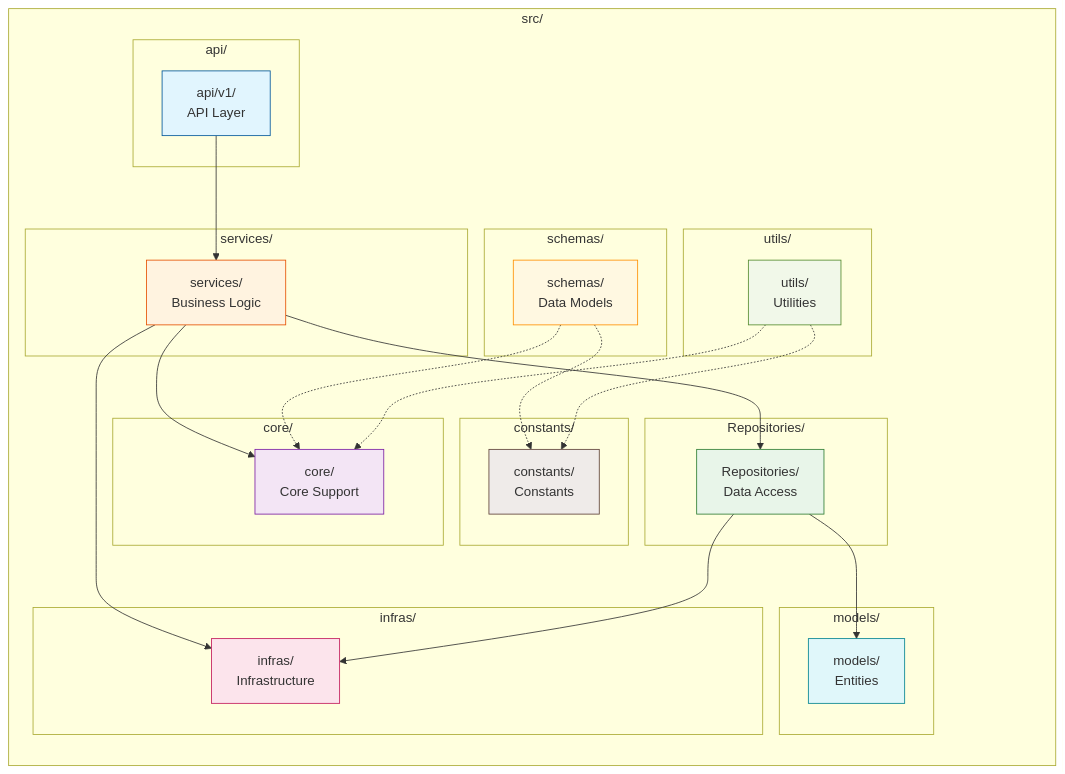
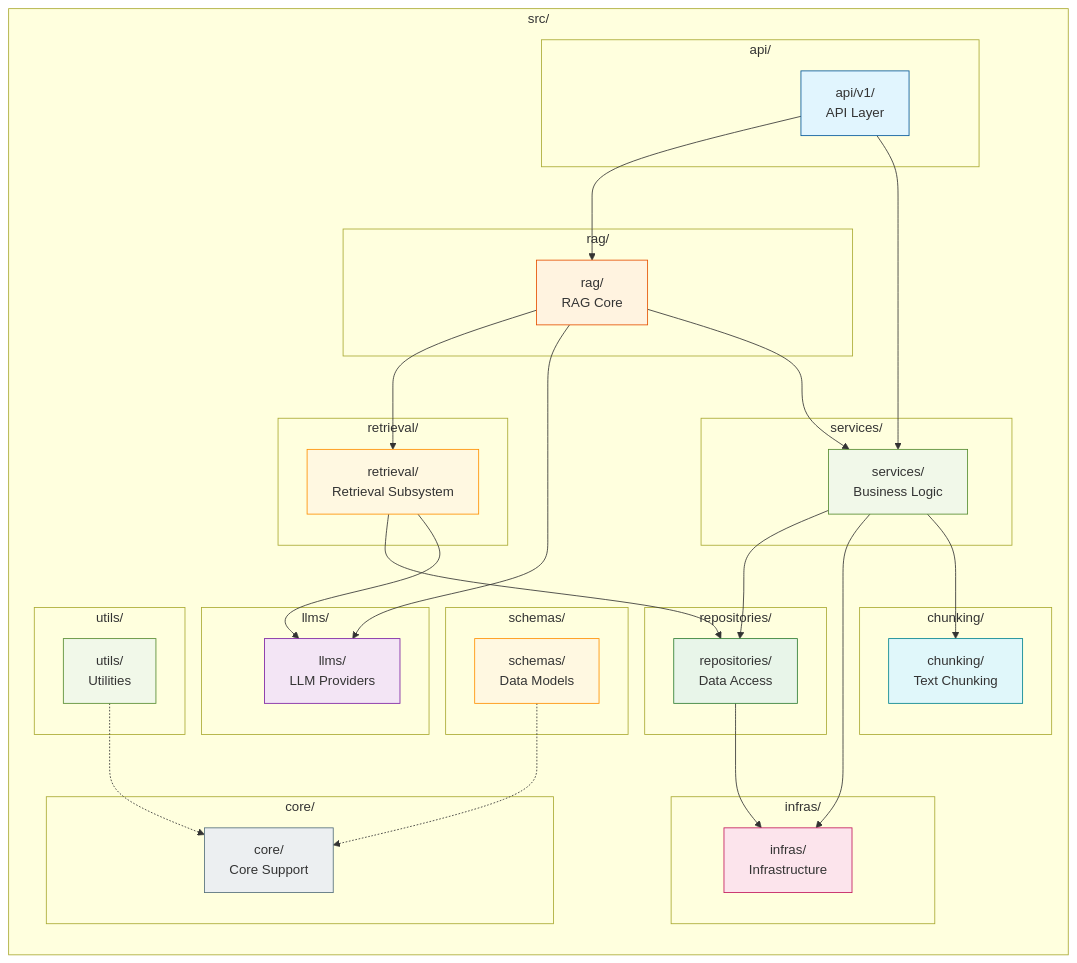
One commit to chain-engine/x-rag changed the second of 3 diagrams in README.en.md. Above: the diagram before and after it, drawn with Mermaid. The commit also changed other lines of this file and 63 other files, not shown here.

````diff
--- a/README.en.md
+++ b/README.en.md
@@ -247,64 +272,75 @@
 ```mermaid
 graph LR
     subgraph "src/"
         subgraph "api/"
             API["api/v1/<br/>API Layer"]
         end
-        
+
+        subgraph "rag/"
+            RAG["rag/<br/>RAG Core"]
+        end
+
+        subgraph "retrieval/"
+            RET["retrieval/<br/>Retrieval Subsystem"]
+        end
+
+        subgraph "llms/"
+            LLMS["llms/<br/>LLM Providers"]
+        end
+
+        subgraph "chunking/"
+            CHK["chunking/<br/>Text Chunking"]
+        end
+
         subgraph "services/"
             SVC["services/<br/>Business Logic"]
         end
-        
-        subgraph "Repositories/"
-            REPO["Repositories/<br/>Data Access"]
+
+        subgraph "repositories/"
+            REPO["repositories/<br/>Data Access"]
         end
-        
+
         subgraph "infras/"
             INFRAS["infras/<br/>Infrastructure"]
         end
-        
+
         subgraph "core/"
             CORE["core/<br/>Core Support"]
         end
-        
-        subgraph "models/"
-            MODELS["models/<br/>Entities"]
-        end
-        
+
         subgraph "schemas/"
             SCHEMAS["schemas/<br/>Data Models"]
         end
-        
-        subgraph "constants/"
-            CONST["constants/<br/>Constants"]
-        end
-        
+
         subgraph "utils/"
             UTILS["utils/<br/>Utilities"]
         end
     end
 
+    API --> RAG
     API --> SVC
+    RAG --> RET
+    RAG --> LLMS
+    RAG --> SVC
+    RET --> REPO
+    RET --> LLMS
     SVC --> REPO
     SVC --> INFRAS
-    SVC --> CORE
-    
+    SVC --> CHK
     REPO --> INFRAS
-    REPO --> MODELS
-    
+
     SCHEMAS -.-> CORE
-    SCHEMAS -.-> CONST
-    
     UTILS -.-> CORE
-    UTILS -.-> CONST
 
     style API fill:#e1f5fe,stroke:#01579b
-    style SVC fill:#fff3e0,stroke:#e65100
+    style RAG fill:#fff3e0,stroke:#e65100
+    style RET fill:#fff8e1,stroke:#ff8f00
+    style LLMS fill:#f3e5f5,stroke:#7b1fa2
+    style CHK fill:#e0f7fa,stroke:#00838f
+    style SVC fill:#f1f8e9,stroke:#558b2f
     style REPO fill:#e8f5e9,stroke:#2e7d32
     style INFRAS fill:#fce4ec,stroke:#c2185b
-    style CORE fill:#f3e5f5,stroke:#7b1fa2
-    style MODELS fill:#e0f7fa,stroke:#00838f
+    style CORE fill:#eceff1,stroke:#546e7a
     style SCHEMAS fill:#fff8e1,stroke:#ff8f00
-    style CONST fill:#efebe9,stroke:#5d4037
     style UTILS fill:#f1f8e9,stroke:#558b2f
 ```
````
